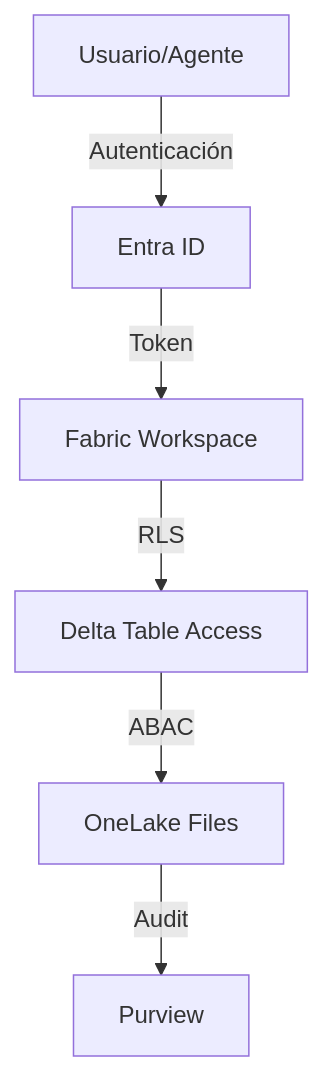
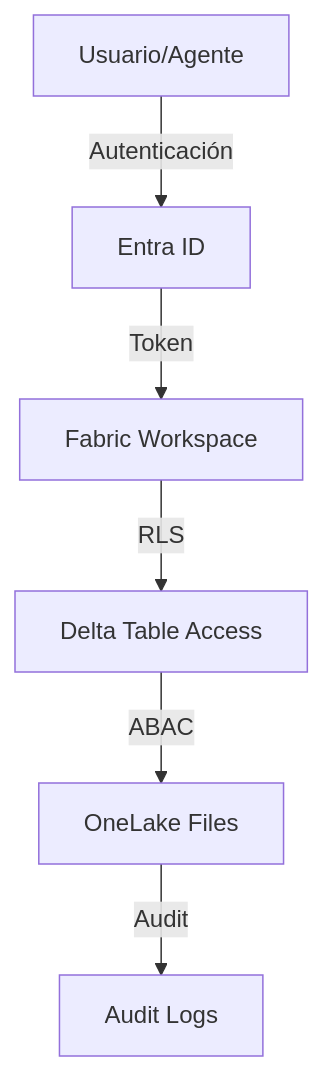
Before and after one commit to RogerMicrosoftCode/APP_Fabric_IMG64: the third of 4 diagrams in ANALISIS_TECNICO_ARQUITECTURA.md, drawn with Mermaid. The commit also changed other lines of this file and 6 other files, not shown here.

````diff
--- a/ANALISIS_TECNICO_ARQUITECTURA.md
+++ b/ANALISIS_TECNICO_ARQUITECTURA.md
@@ -905,8 +905,8 @@
 ```mermaid
 graph TD
     A[Usuario/Agente] -->|Autenticación| B[Entra ID]
     B -->|Token| C[Fabric Workspace]
     C -->|RLS| D[Delta Table Access]
     D -->|ABAC| E[OneLake Files]
-    E -->|Audit| F[Purview]
+    E -->|Audit| F[Audit Logs]
 ```
````
